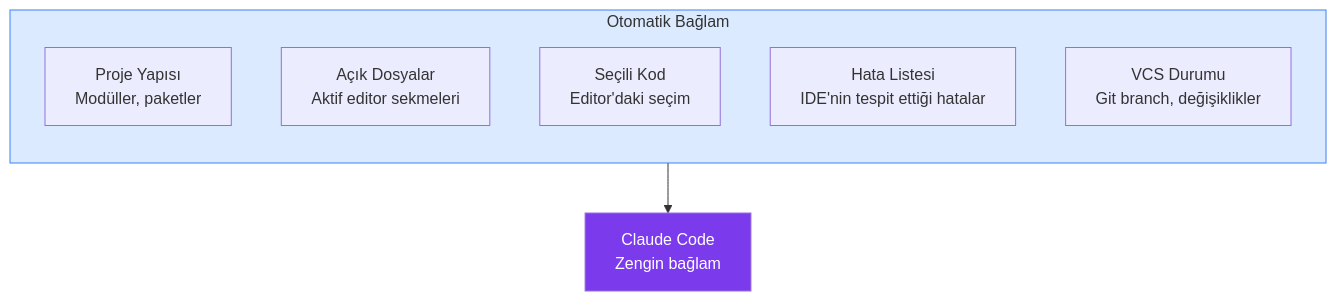
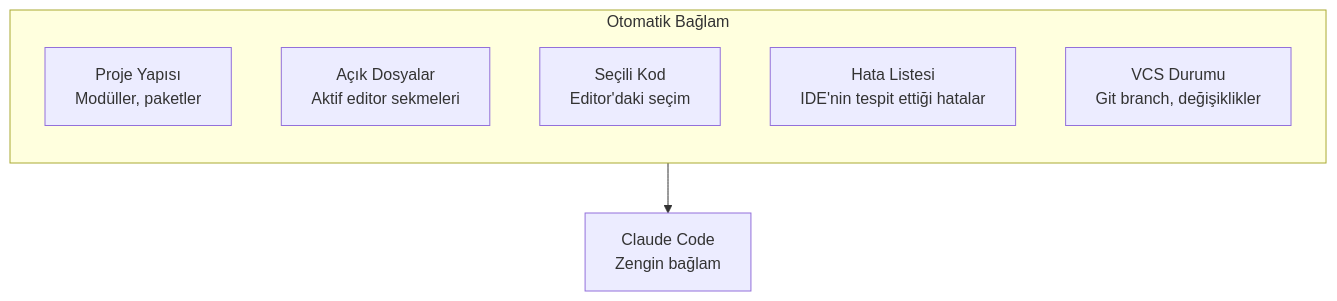
Before and after one commit to IzzetYasinAtes/ClaudeCodeHandbook: the third of 5 diagrams in 15-entegrasyonlar/02-jetbrains-entegrasyonu.md, drawn with Mermaid. The commit also changed other lines of this file and 97 other files, not shown here.

Commit message:
Remove all custom Mermaid style/fill colors from 98 markdown files for consistent dark theme rendering

````diff
--- a/15-entegrasyonlar/02-jetbrains-entegrasyonu.md
+++ b/15-entegrasyonlar/02-jetbrains-entegrasyonu.md
@@ -121,16 +117,14 @@
 ```mermaid
 flowchart TB
     subgraph context ["Otomatik Bağlam"]
         direction TB
         A["Proje Yapısı<br/>Modüller, paketler"]
         B["Açık Dosyalar<br/>Aktif editor sekmeleri"]
         C["Seçili Kod<br/>Editor'daki seçim"]
         D["Hata Listesi<br/>IDE'nin tespit ettiği hatalar"]
         E["VCS Durumu<br/>Git branch, değişiklikler"]
     end
 
     context --> CC["Claude Code<br/>Zengin bağlam"]
 
-    style CC fill:#7C3AED,color:#fff
-    style context fill:#DBEAFE,stroke:#3B82F6
 ```
````
